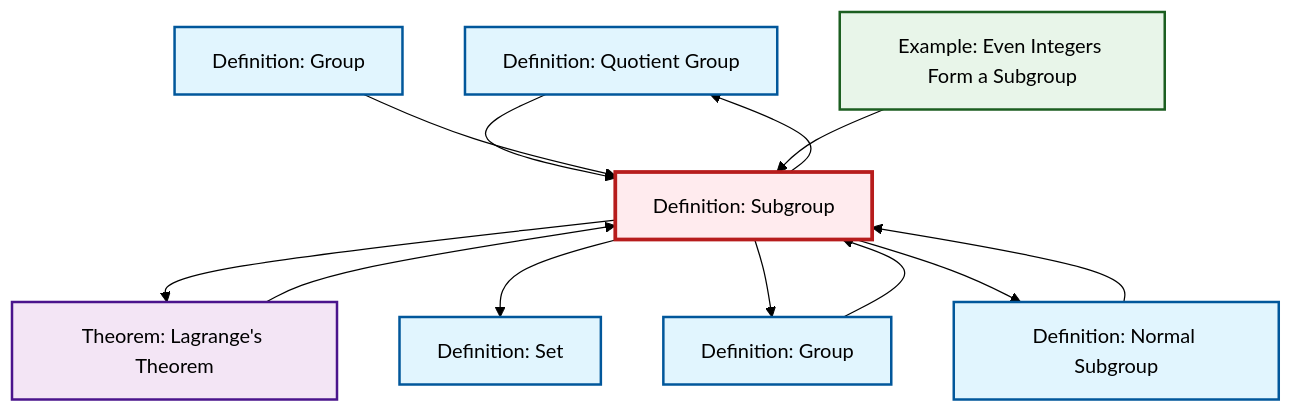
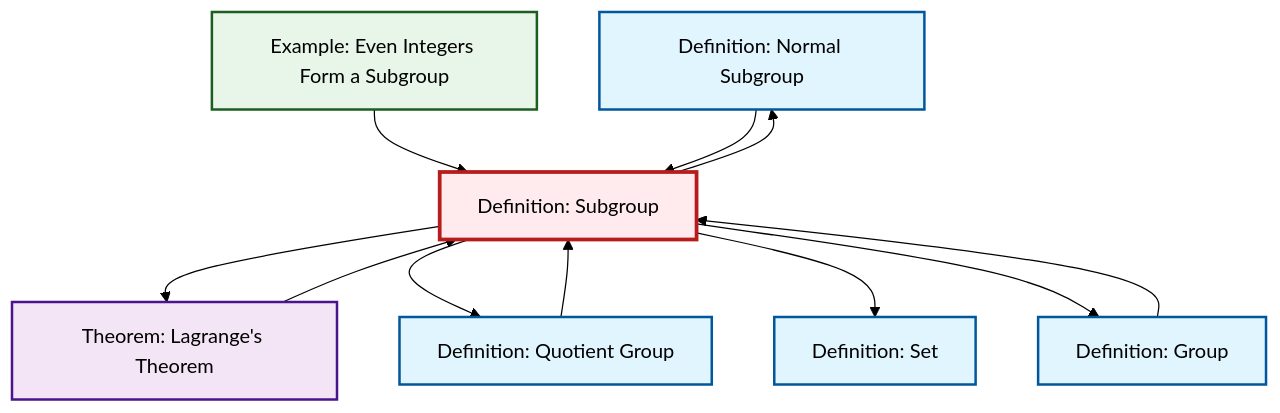
One commit to RK0429/ModernMath changed the diagram in content/en/algebra/def-subgroup.qmd. Above: the diagram before and after it, drawn with Mermaid (forest theme). The commit also changed 530 other files, not shown here.

````diff
--- a/content/en/algebra/def-subgroup.qmd
+++ b/content/en/algebra/def-subgroup.qmd
@@ -49,36 +49,33 @@
 ```{mermaid}
 %%| fig-cap: "Local dependency graph"
 graph TD
     classDef definition fill:#e1f5fe,stroke:#01579b,stroke-width:2px
     classDef theorem fill:#f3e5f5,stroke:#4a148c,stroke-width:2px
     classDef axiom fill:#fff3e0,stroke:#e65100,stroke-width:2px
     classDef example fill:#e8f5e9,stroke:#1b5e20,stroke-width:2px
     classDef current fill:#ffebee,stroke:#b71c1c,stroke-width:3px
+    def-normal-subgroup["Definition: Normal Subgroup"]:::definition
+    def-subgroup["Definition: Subgroup"]:::definition
     def-set["Definition: Set"]:::definition
+    def-group["Definition: Group"]:::definition
     def-quotient-group["Definition: Quotient Group"]:::definition
-    def-normal-subgroup["Definition: Normal Subgroup"]:::definition
     thm-lagrange["Theorem: Lagrange's Theorem"]:::theorem
     ex-even-integers-subgroup["Example: Even Integers Form a Subgroup"]:::example
-    def-subgroup["Definition: Subgroup"]:::definition
-    def-group["Definition: Group"]:::definition
-    def-group-example["Definition: Group"]:::definition
+    ex-even-integers-subgroup --> def-subgroup
+    def-subgroup --> thm-lagrange
+    def-subgroup --> def-quotient-group
+    thm-lagrange --> def-subgroup
     def-quotient-group --> def-subgroup
-    def-subgroup --> thm-lagrange
+    def-subgroup --> def-normal-subgroup
     def-subgroup --> def-set
+    def-normal-subgroup --> def-subgroup
+    def-group --> def-subgroup
     def-subgroup --> def-group
-    def-group --> def-subgroup
-    def-subgroup --> def-quotient-group
-    def-normal-subgroup --> def-subgroup
-    def-group-example --> def-subgroup
-    def-subgroup --> def-normal-subgroup
-    thm-lagrange --> def-subgroup
-    ex-even-integers-subgroup --> def-subgroup
     class def-subgroup current
+    click def-normal-subgroup "def-normal-subgroup.html" "Go to Normal Subgroup definition"
     click def-set "def-set.html" "Go to Set definition"
+    click def-group "def-group.html" "Go to Group definition"
     click def-quotient-group "def-quotient-group.html" "Go to Quotient Group definition"
-    click def-normal-subgroup "def-normal-subgroup.html" "Go to Normal Subgroup definition"
     click thm-lagrange "thm-lagrange.html" "Go to Lagrange's Theorem theorem"
     click ex-even-integers-subgroup "ex-even-integers-subgroup.html" "Go to Even Integers Form a Subgroup example"
-    click def-group "def-group.html" "Go to Group definition"
-    click def-group-example "def-group-example.html" "Go to Group definition"
 ```
````
